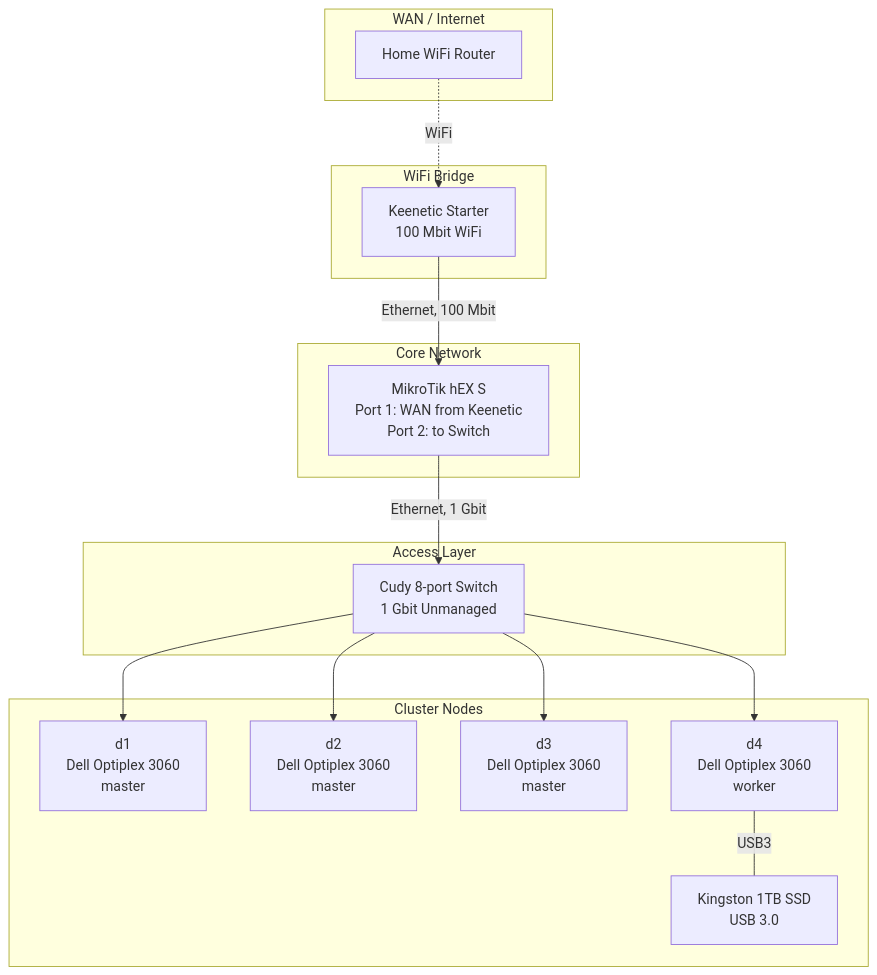
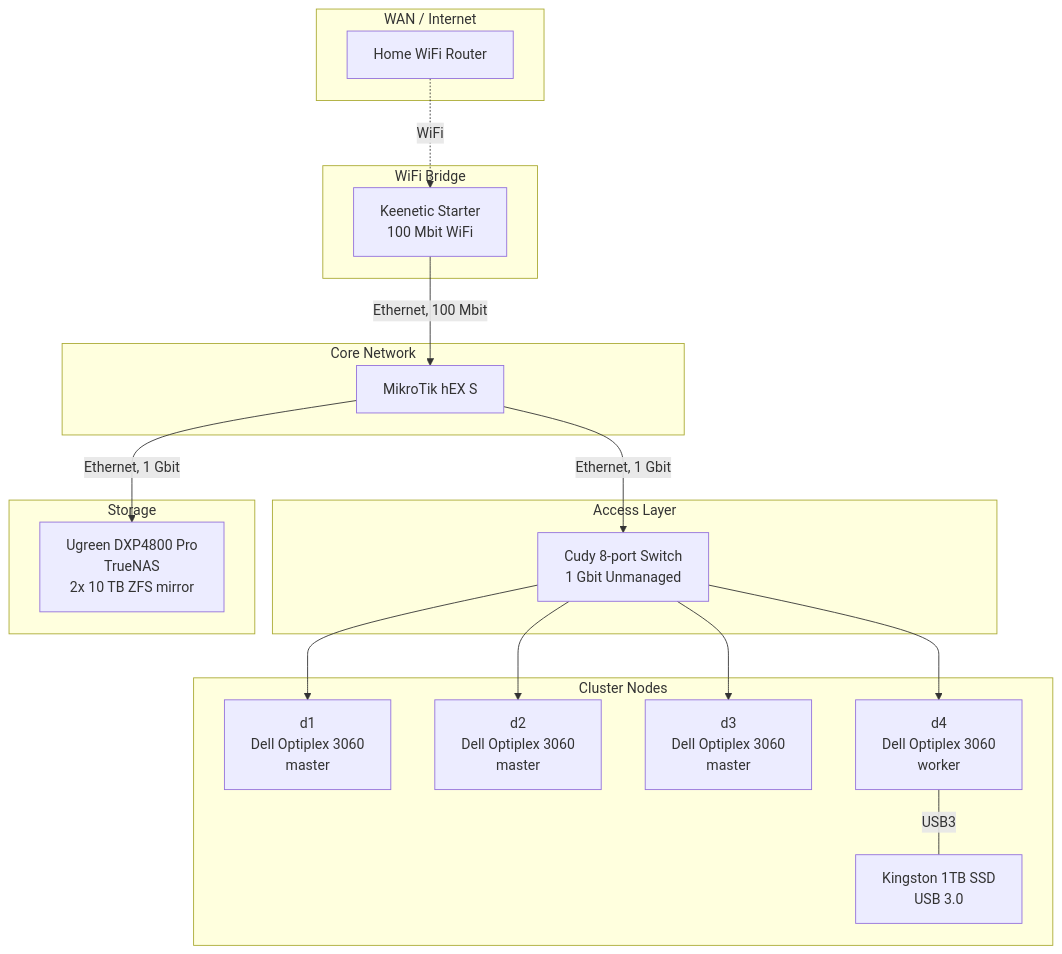
One commit to PearlFoe/homelab changed the diagram in docs/en/v1/network.md. Above: the diagram before and after it, drawn with Mermaid. The commit also changed other lines of this file and 10 other files, not shown here.

````diff
--- a/docs/en/v1/network.md
+++ b/docs/en/v1/network.md
@@ -5,31 +5,35 @@
 ```mermaid
 graph TD
     subgraph wan ["WAN / Internet"]
         HomeRouter["Home WiFi Router"]
     end
     subgraph bridge ["WiFi Bridge"]
         Keenetic["Keenetic Starter\n100 Mbit WiFi"]
     end
     subgraph core ["Core Network"]
-        MikroTik["MikroTik hEX S\nPort 1: WAN from Keenetic\nPort 2: to Switch"]
+        MikroTik["MikroTik hEX S"]
     end
     subgraph access ["Access Layer"]
         Switch["Cudy 8-port Switch\n1 Gbit Unmanaged"]
+    end
+    subgraph storage ["Storage"]
+        NAS["Ugreen DXP4800 Pro\nTrueNAS\n2x 10 TB ZFS mirror"]
     end
     subgraph nodes ["Cluster Nodes"]
         D1["d1\nDell Optiplex 3060\nmaster"]
         D2["d2\nDell Optiplex 3060\nmaster"]
         D3["d3\nDell Optiplex 3060\nmaster"]
         D4["d4\nDell Optiplex 3060\nworker"]
         ExtSSD["Kingston 1TB SSD\nUSB 3.0"]
     end
 
     HomeRouter -.->|WiFi| Keenetic
     Keenetic -->|"Ethernet, 100 Mbit"| MikroTik
     MikroTik -->|"Ethernet, 1 Gbit"| Switch
+    MikroTik -->|"Ethernet, 1 Gbit"| NAS
     Switch --> D1
     Switch --> D2
     Switch --> D3
     Switch --> D4
     D4 ---|USB3| ExtSSD
 ```
````
